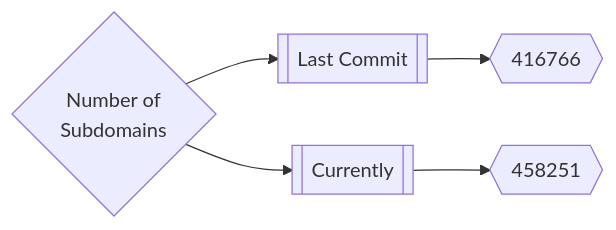
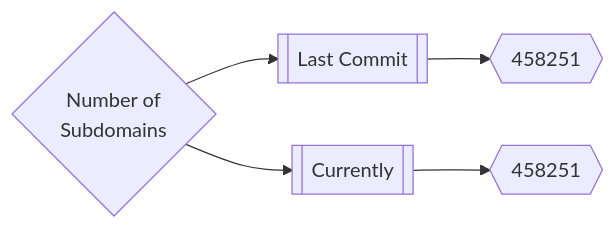
One commit to trickest/inventory changed the first of 3 diagrams in README.md. Above: the diagram before and after it, drawn with Mermaid.

Commit message:
Update Sat Mar 12 10:39:22 UTC 2022

````diff
--- a/README.md
+++ b/README.md
@@ -165,5 +165,5 @@
 ```mermaid
 graph LR
-title{Number of<br>Subdomains} --> subdomainsDate1[[Last Commit]] --> subdomainsNum1{{416766}}
+title{Number of<br>Subdomains} --> subdomainsDate1[[Last Commit]] --> subdomainsNum1{{458251}}
 title --> subdomainsDate2[[Currently]] --> subdomainsNum2{{458251}}
 ```
````
